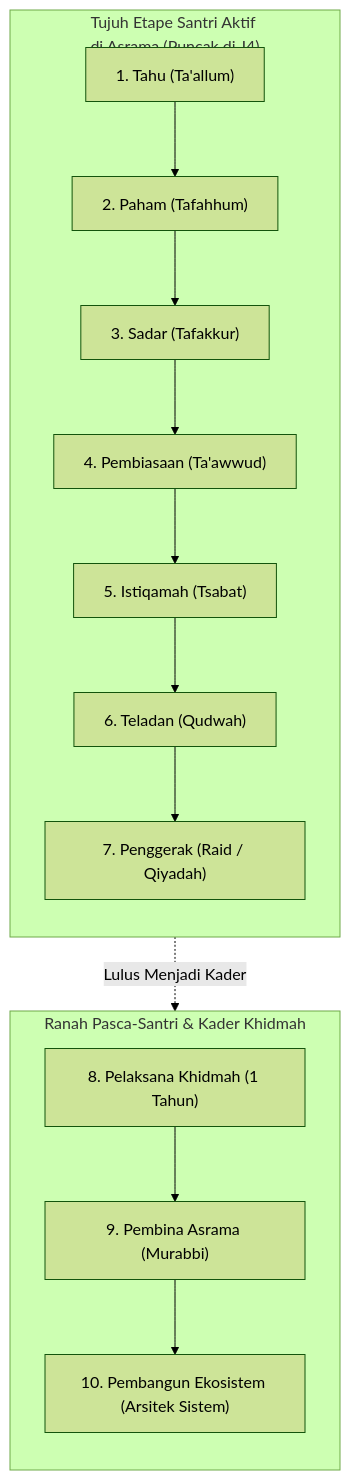
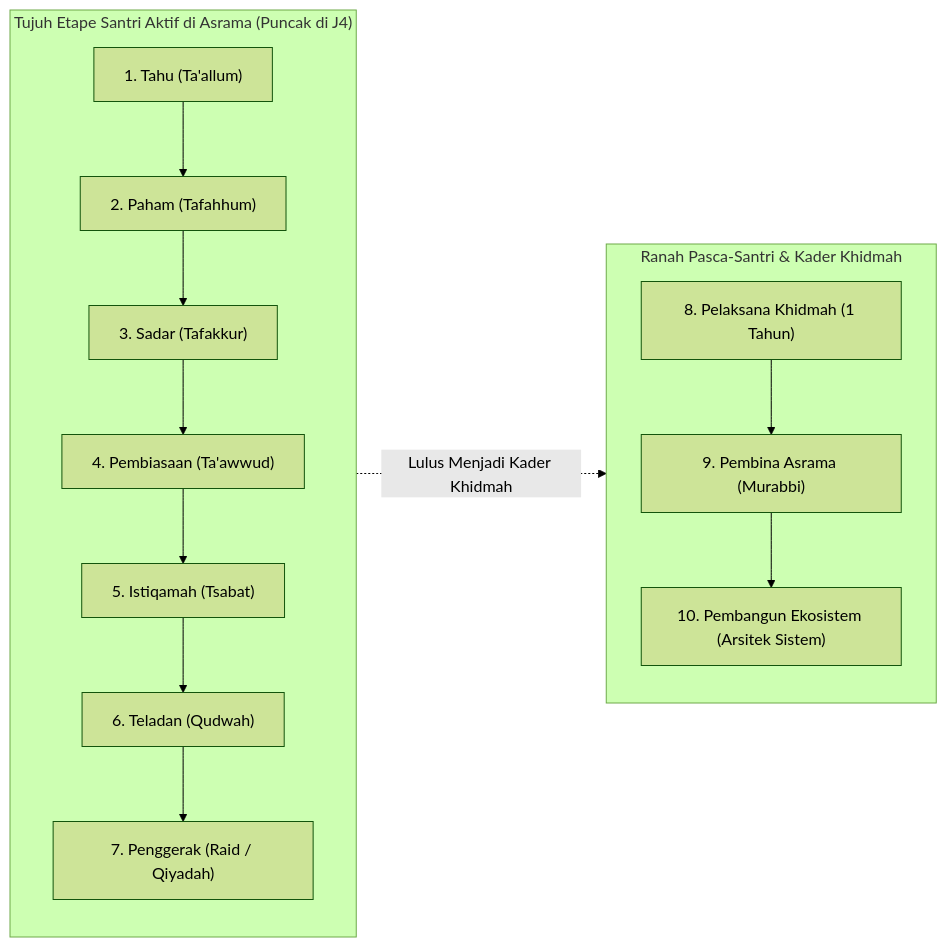
One commit to wandiapriliyandi/tumbuh changed the first of 3 diagrams in BOOK Series 1/01-The-Fundamental-of-TUMBUH/Bab-12-Paradigma-Progresi-Karakter.md. Above: the diagram before and after it, drawn with Mermaid (forest theme). The commit also changed 24 other files, not shown here.

Commit message:
fix(pdf): isolasi rendering mermaid dan optimasi proporsi diagram di seluruh bab

````diff
--- a/BOOK Series 1/01-The-Fundamental-of-TUMBUH/Bab-12-Paradigma-Progresi-Karakter.md
+++ b/BOOK Series 1/01-The-Fundamental-of-TUMBUH/Bab-12-Paradigma-Progresi-Karakter.md
@@ -81,22 +81,22 @@
 ```mermaid
-graph TD
-    subgraph SIKLUS_SANTRI["Tujuh Etape Santri Aktif<br/>di Asrama (Puncak di J4)"]
+graph LR
+    subgraph SIKLUS_SANTRI["Tujuh Etape Santri Aktif di Asrama (Puncak di J4)"]
         direction TB
         T1["1. Tahu (Ta'allum)"]
         --> T2["2. Paham (Tafahhum)"]
         --> T3["3. Sadar (Tafakkur)"]
         --> T4["4. Pembiasaan (Ta'awwud)"]
         --> T5["5. Istiqamah (Tsabat)"]
         --> T6["6. Teladan (Qudwah)"]
         --> T7["7. Penggerak (Raid / Qiyadah)"]
     end
     
     subgraph SIKLUS_PASCA_SANTRI["Ranah Pasca-Santri & Kader Khidmah"]
         direction TB
         T8["8. Pelaksana Khidmah (1 Tahun)"]
         --> T9["9. Pembina Asrama (Murabbi)"]
         --> T10["10. Pembangun Ekosistem (Arsitek Sistem)"]
     end
 
-    T7 -.->|Lulus Menjadi Kader| T8
+    T7 -.->|Lulus Menjadi Kader Khidmah| T8
 ```
````
